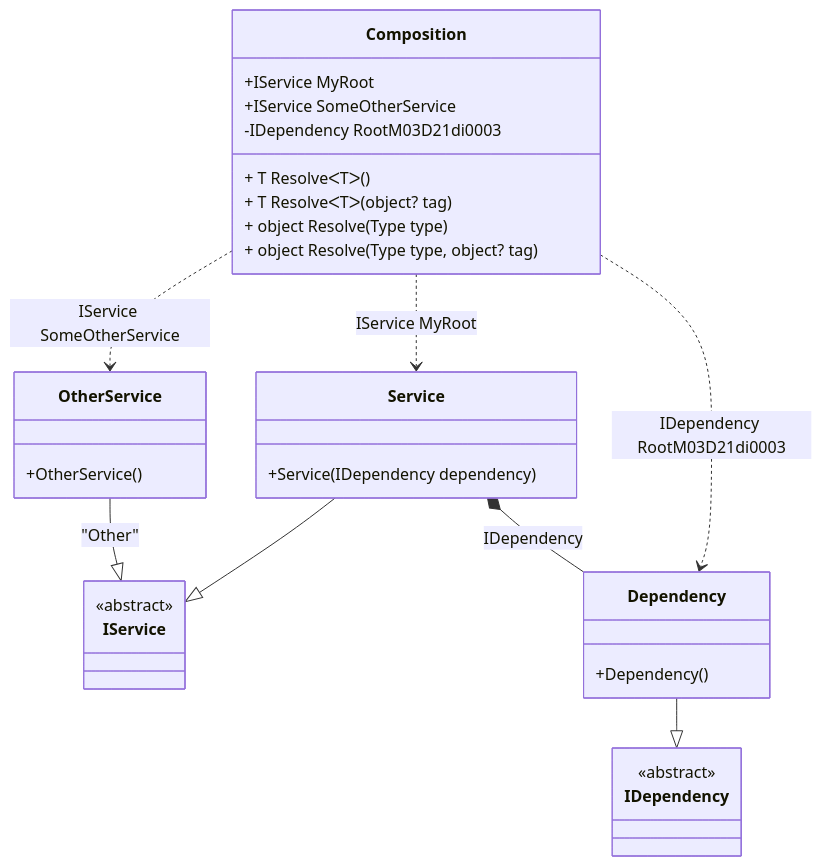
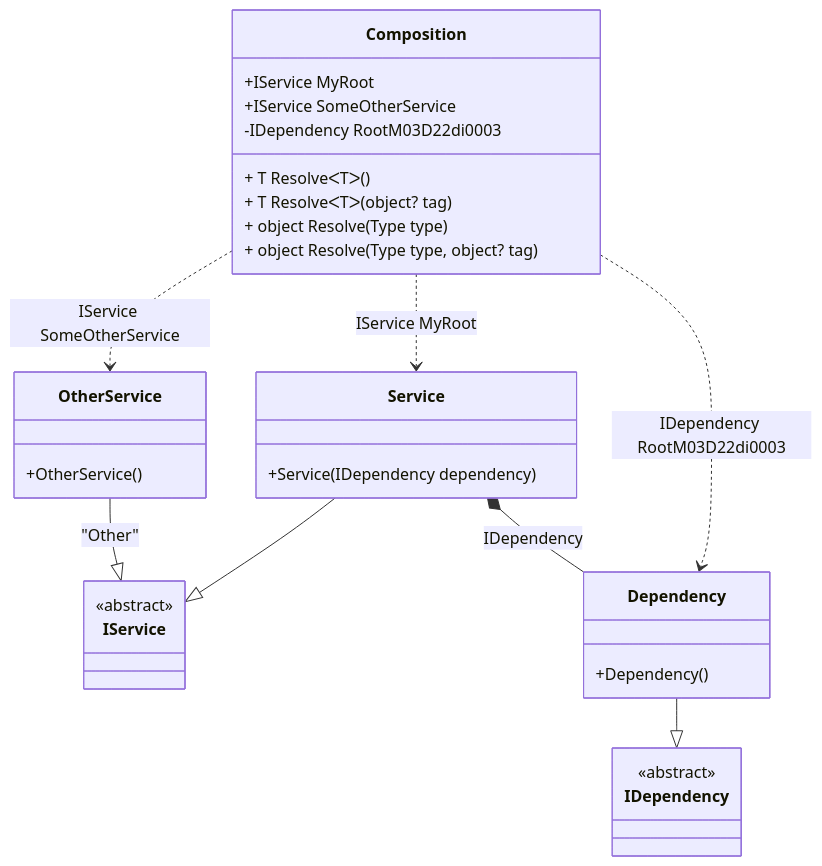
One commit to DevTeam/Pure.DI changed the diagram in readme/composition-roots.md. Above: the diagram before and after it, drawn with Mermaid. The commit also changed other lines of this file and 78 other files, not shown here.

````diff
--- a/readme/composition-roots.md
+++ b/readme/composition-roots.md
@@ -69,34 +69,34 @@
 ```mermaid
 classDiagram
   class Composition {
     +IService MyRoot
     +IService SomeOtherService
-    -IDependency RootM03D21di0003
+    -IDependency RootM03D22di0003
     + T ResolveᐸTᐳ()
     + T ResolveᐸTᐳ(object? tag)
     + object Resolve(Type type)
     + object Resolve(Type type, object? tag)
   }
   Service --|> IService : 
   class Service {
     +Service(IDependency dependency)
   }
   OtherService --|> IService : "Other" 
   class OtherService {
     +OtherService()
   }
   Dependency --|> IDependency : 
   class Dependency {
     +Dependency()
   }
   class IService {
     <<abstract>>
   }
   class IDependency {
     <<abstract>>
   }
   Service *--  Dependency : IDependency
   Composition ..> OtherService : IService SomeOtherService
   Composition ..> Service : IService MyRoot
-  Composition ..> Dependency : IDependency RootM03D21di0003
+  Composition ..> Dependency : IDependency RootM03D22di0003
 ```
````
